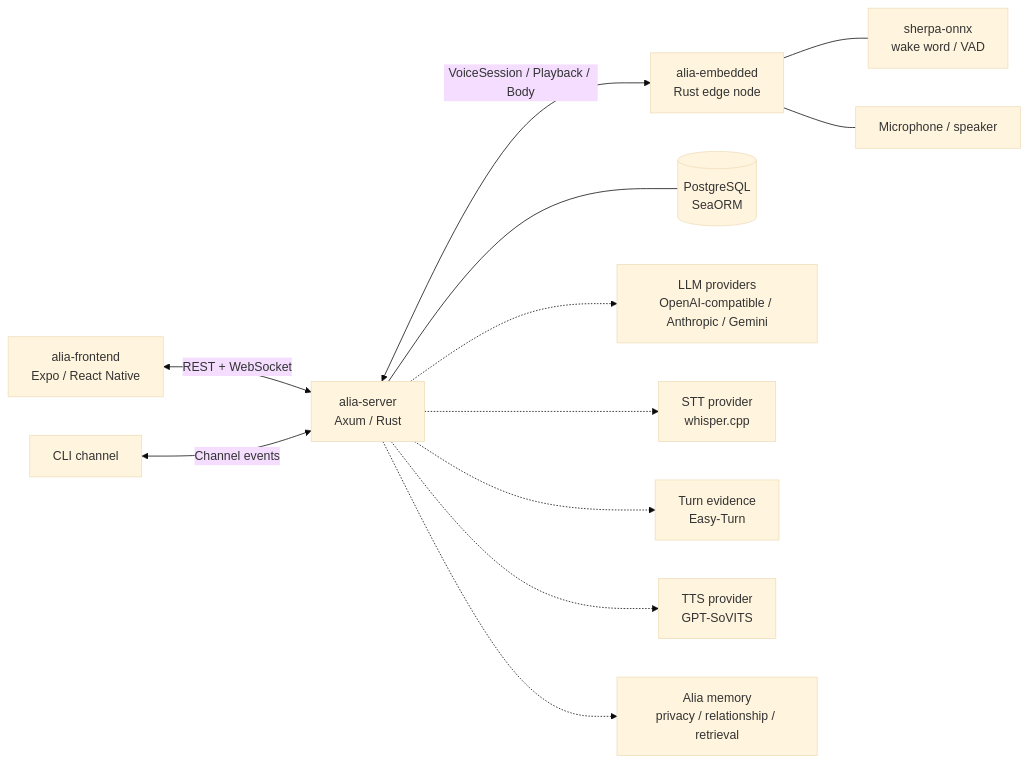
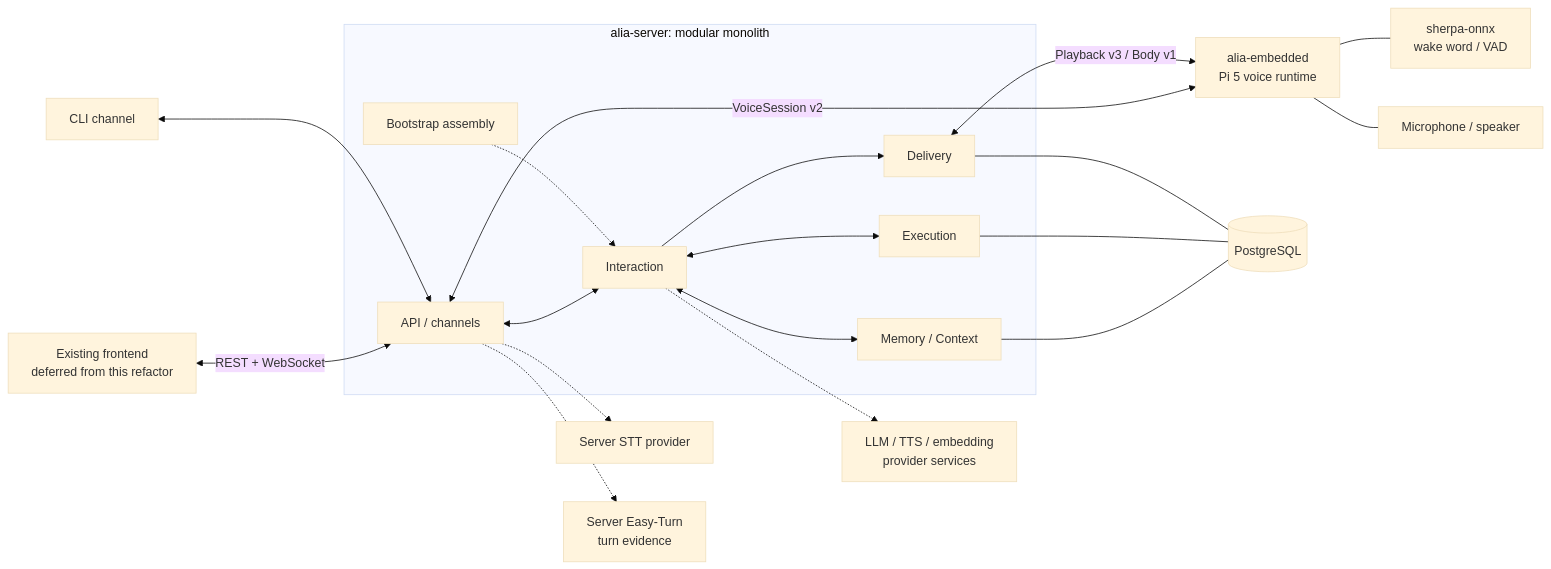
One commit to Ke-Qiao/project-alia changed the diagram in docs/architecture/overview.md. Above: the diagram before and after it, drawn with Mermaid (base theme). The commit also changed other lines of this file and 152 other files, not shown here.

Commit message:
refactor: move memory and interaction into owned modules

````diff
--- a/docs/architecture/overview.md
+++ b/docs/architecture/overview.md
@@ -14,14 +15,22 @@
 ```mermaid
 graph LR
-    Frontend["alia-frontend<br/>Expo / React Native"] <-->|"REST + WebSocket"| Server["alia-server<br/>Axum / Rust"]
-    CLI["CLI channel"] <-->|"Channel events"| Server
-    Server <-->|"VoiceSession / Playback / Body"| Embedded["alia-embedded<br/>Rust edge node"]
-    Server --- Postgres[("PostgreSQL<br/>SeaORM")]
-    Server -.-> LLM["LLM providers<br/>OpenAI-compatible / Anthropic / Gemini"]
-    Server -.-> STT["STT provider<br/>whisper.cpp"]
-    Server -.-> Turn["Turn evidence<br/>Easy-Turn"]
-    Server -.-> TTS["TTS provider<br/>GPT-SoVITS"]
-    Server -.-> Memory["Alia memory<br/>privacy / relationship / retrieval"]
+    Frontend["Existing frontend<br/>deferred from this refactor"] <-->|"REST + WebSocket"| Ingress
+    CLI["CLI channel"] <--> Ingress
+    subgraph Server["alia-server: modular monolith"]
+        Ingress["API / channels"] <--> Interaction
+        Interaction <--> Memory["Memory / Context"]
+        Interaction <--> Execution
+        Interaction --> Delivery
+        Bootstrap["Bootstrap assembly"] -.-> Interaction
+    end
+    Ingress <-->|"VoiceSession v2"| Embedded["alia-embedded<br/>Pi 5 voice runtime"]
+    Delivery <-->|"Playback v3 / Body v1"| Embedded
+    Memory --- Postgres[("PostgreSQL")]
+    Execution --- Postgres
+    Delivery --- Postgres
+    Interaction -.-> Models["LLM / TTS / embedding<br/>provider services"]
+    Ingress -.-> STT["Server STT provider"]
+    Ingress -.-> Turn["Server Easy-Turn<br/>turn evidence"]
     Embedded --- LocalModels["sherpa-onnx<br/>wake word / VAD"]
     Embedded --- Audio["Microphone / speaker"]
 ```
````
